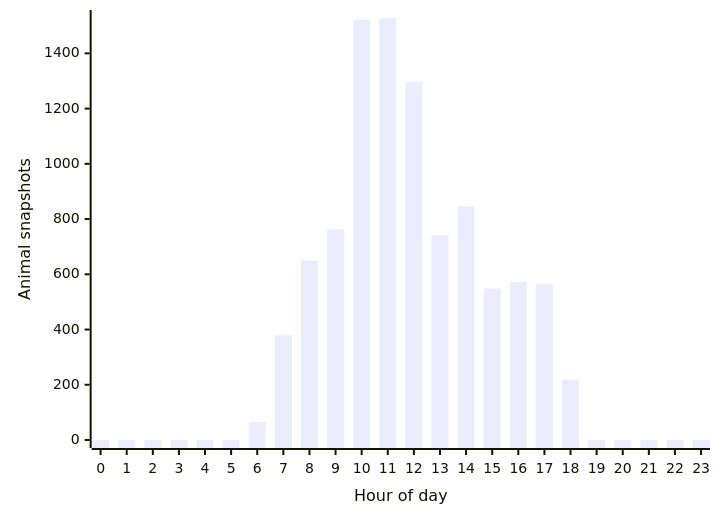
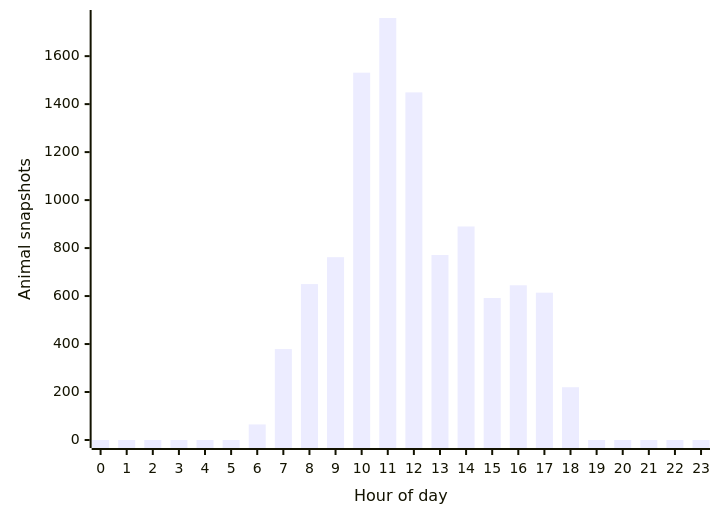
The second of 3 diagrams in README.md (joshuafrommeyer-35/PierTracker), drawn with Mermaid before and after one commit. The commit also changed other lines of this file and 7 other files, not shown here.

````diff
--- a/README.md
+++ b/README.md
@@ -146,6 +146,6 @@
 ```mermaid
 xychart-beta
     x-axis "Hour of day" [0, 1, 2, 3, 4, 5, 6, 7, 8, 9, 10, 11, 12, 13, 14, 15, 16, 17, 18, 19, 20, 21, 22, 23]
     y-axis "Animal snapshots"
-    bar [0, 0, 0, 0, 0, 0, 65, 379, 650, 762, 1522, 1528, 1298, 741, 846, 549, 572, 564, 218, 0, 0, 0, 0, 0]
+    bar [0, 0, 0, 0, 0, 0, 65, 379, 650, 762, 1531, 1759, 1449, 771, 890, 592, 645, 614, 220, 0, 0, 0, 0, 0]
 ```
````
